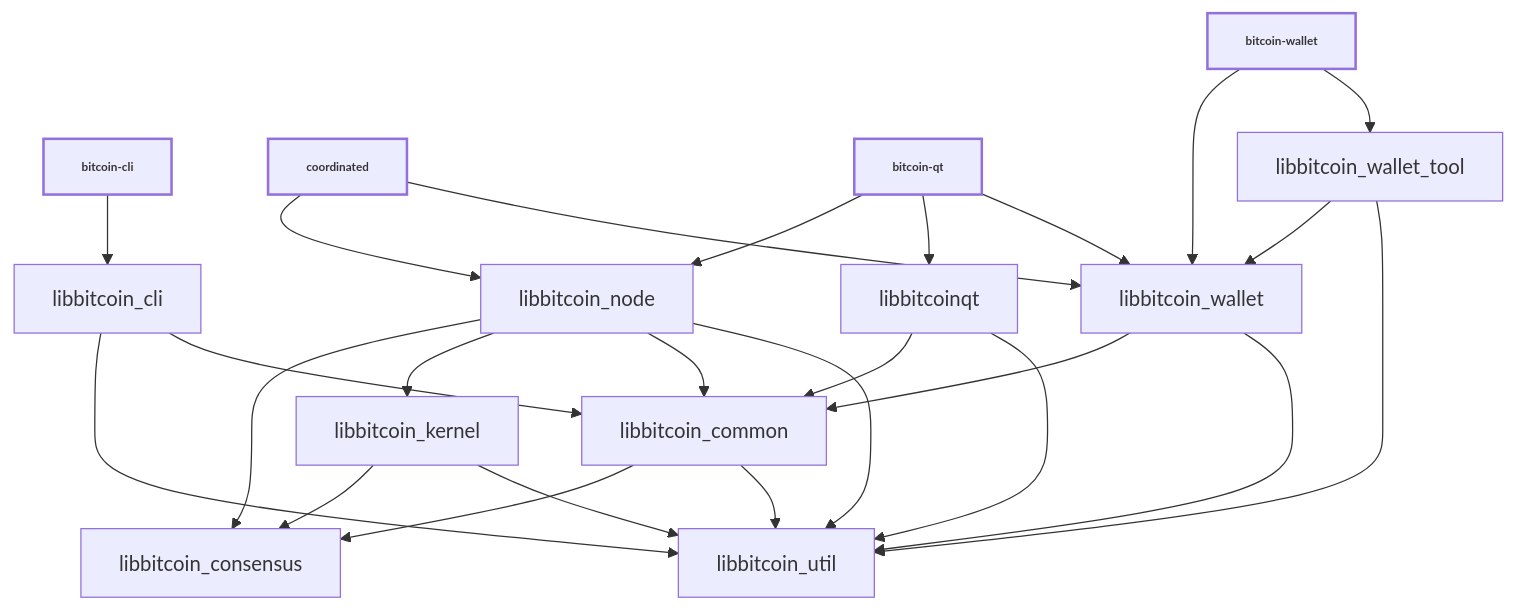
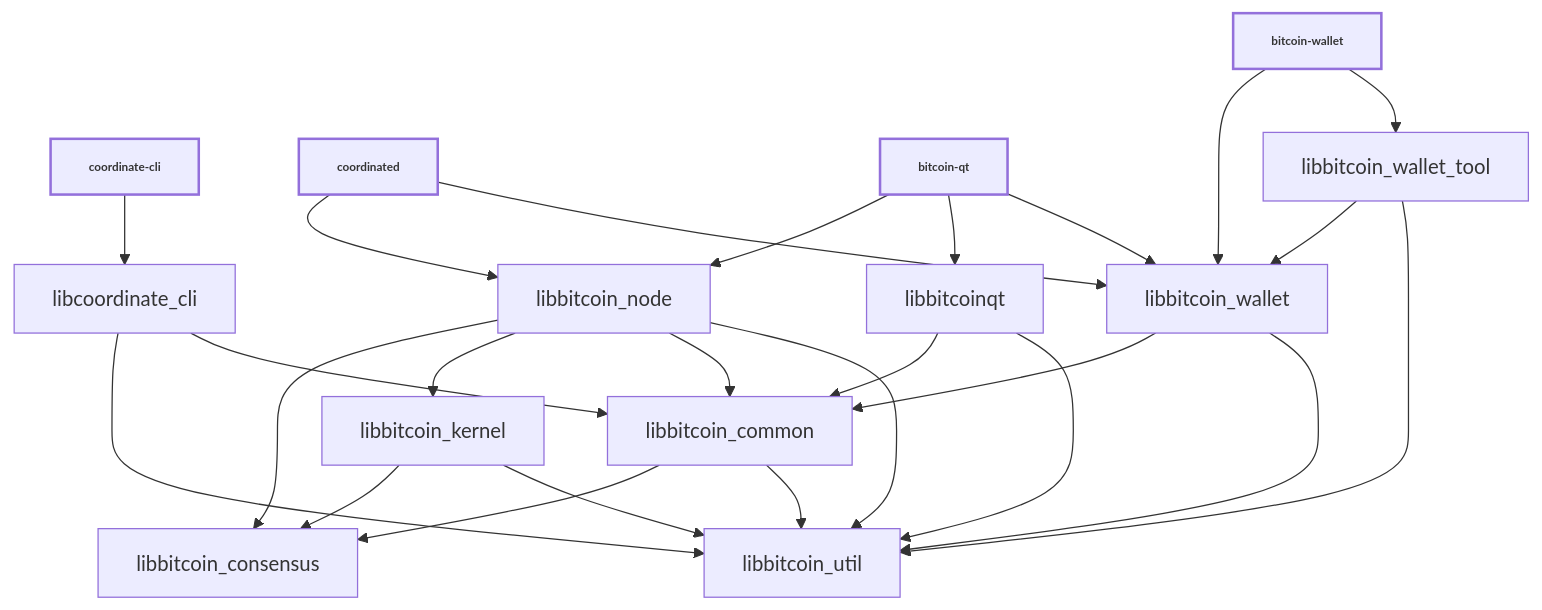
The diagram in doc/design/libraries.md (AnduroProject/coordinate), drawn with Mermaid before and after one commit. The commit also changed other lines of this file and 73 other files, not shown here.

Commit message:
updating changes from bitcoin-cli to coordinate-cli

````diff
--- a/doc/design/libraries.md
+++ b/doc/design/libraries.md
@@ -36,44 +36,44 @@
 ```mermaid
 
 %%{ init : { "flowchart" : { "curve" : "basis" }}}%%
 
 graph TD;
 
-bitcoin-cli[bitcoin-cli]-->libbitcoin_cli;
+coordinate-cli[coordinate-cli]-->libcoordinate_cli;
 
 coordinated[coordinated]-->libbitcoin_node;
 coordinated[coordinated]-->libbitcoin_wallet;
 
 bitcoin-qt[bitcoin-qt]-->libbitcoin_node;
 bitcoin-qt[bitcoin-qt]-->libbitcoinqt;
 bitcoin-qt[bitcoin-qt]-->libbitcoin_wallet;
 
 bitcoin-wallet[bitcoin-wallet]-->libbitcoin_wallet;
 bitcoin-wallet[bitcoin-wallet]-->libbitcoin_wallet_tool;
 
-libbitcoin_cli-->libbitcoin_util;
-libbitcoin_cli-->libbitcoin_common;
+libcoordinate_cli-->libbitcoin_util;
+libcoordinate_cli-->libbitcoin_common;
 
 libbitcoin_common-->libbitcoin_consensus;
 libbitcoin_common-->libbitcoin_util;
 
 libbitcoin_kernel-->libbitcoin_consensus;
 libbitcoin_kernel-->libbitcoin_util;
 
 libbitcoin_node-->libbitcoin_consensus;
 libbitcoin_node-->libbitcoin_kernel;
 libbitcoin_node-->libbitcoin_common;
 libbitcoin_node-->libbitcoin_util;
 
 libbitcoinqt-->libbitcoin_common;
 libbitcoinqt-->libbitcoin_util;
 
 libbitcoin_wallet-->libbitcoin_common;
 libbitcoin_wallet-->libbitcoin_util;
 
 libbitcoin_wallet_tool-->libbitcoin_wallet;
 libbitcoin_wallet_tool-->libbitcoin_util;
 
 classDef bold stroke-width:2px, font-weight:bold, font-size: smaller;
-class bitcoin-qt,coordinated,bitcoin-cli,bitcoin-wallet bold
+class bitcoin-qt,coordinated,coordinate-cli,bitcoin-wallet bold
 ```
````
